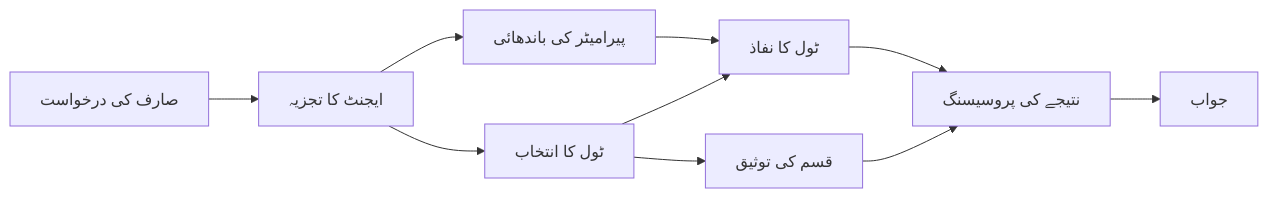
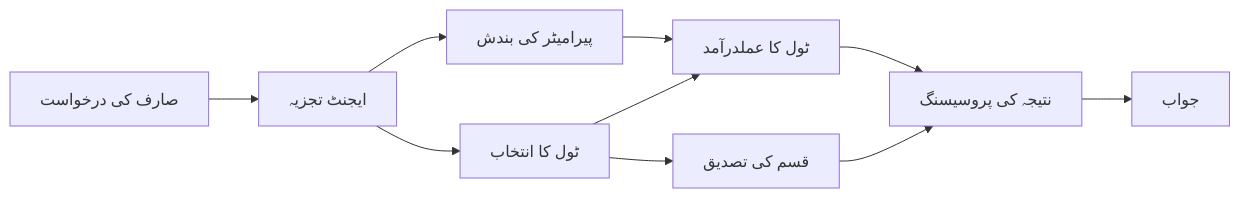
The diagram in translations/ur/04-tool-use/code_samples/04-dotnet-agent-framework.md (venturemavenwill/azureaifundamentals), drawn with Mermaid before and after one commit. The commit also changed other lines of this file and 2002 other files, not shown here.

````diff
--- a/translations/ur/04-tool-use/code_samples/04-dotnet-agent-framework.md
+++ b/translations/ur/04-tool-use/code_samples/04-dotnet-agent-framework.md
@@ -40,12 +40,12 @@
 ```mermaid
 graph LR
-    A[صارف کی درخواست] --> B[ایجنٹ کا تجزیہ]
+    A[صارف کی درخواست] --> B[ایجنٹ تجزیہ]
     B --> C[ٹول کا انتخاب]
-    C --> D[قسم کی توثیق]
-    B --> E[پیرامیٹر کی باندھائی]
-    E --> F[ٹول کا نفاذ]
+    C --> D[قسم کی تصدیق]
+    B --> E[پیرامیٹر کی بندش]
+    E --> F[ٹول کا عملدرآمد]
     C --> F
-    F --> G[نتیجے کی پروسیسنگ]
+    F --> G[نتیجہ کی پروسیسنگ]
     D --> G
     G --> H[جواب]
 ```
````
